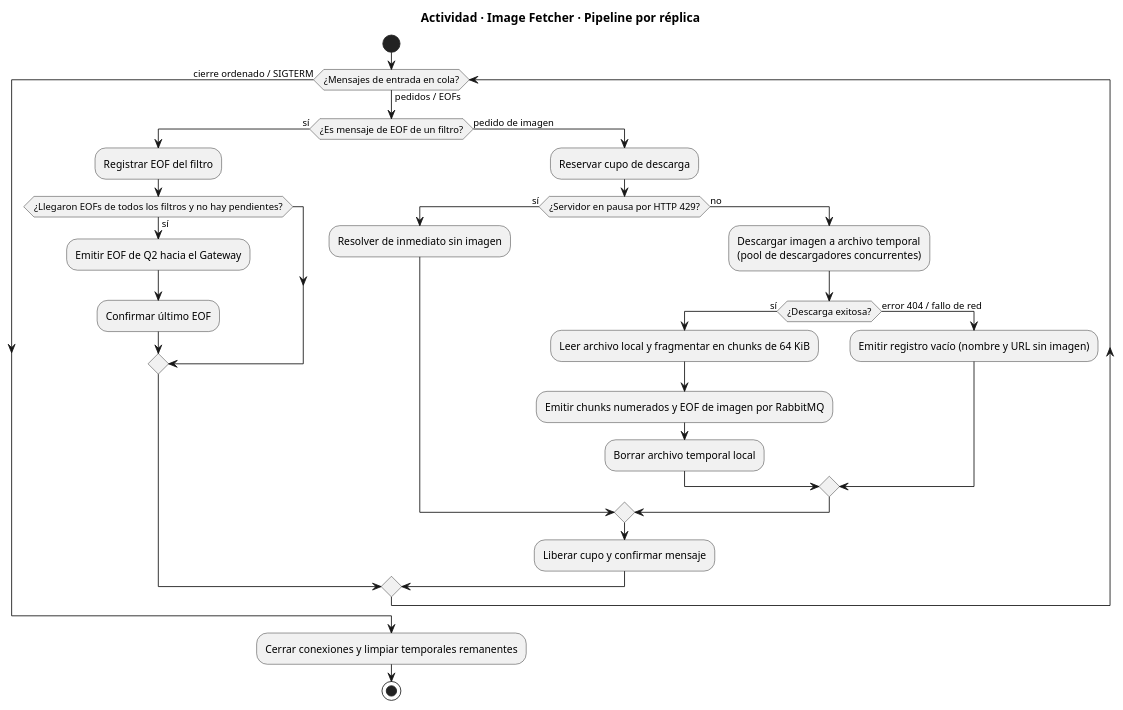
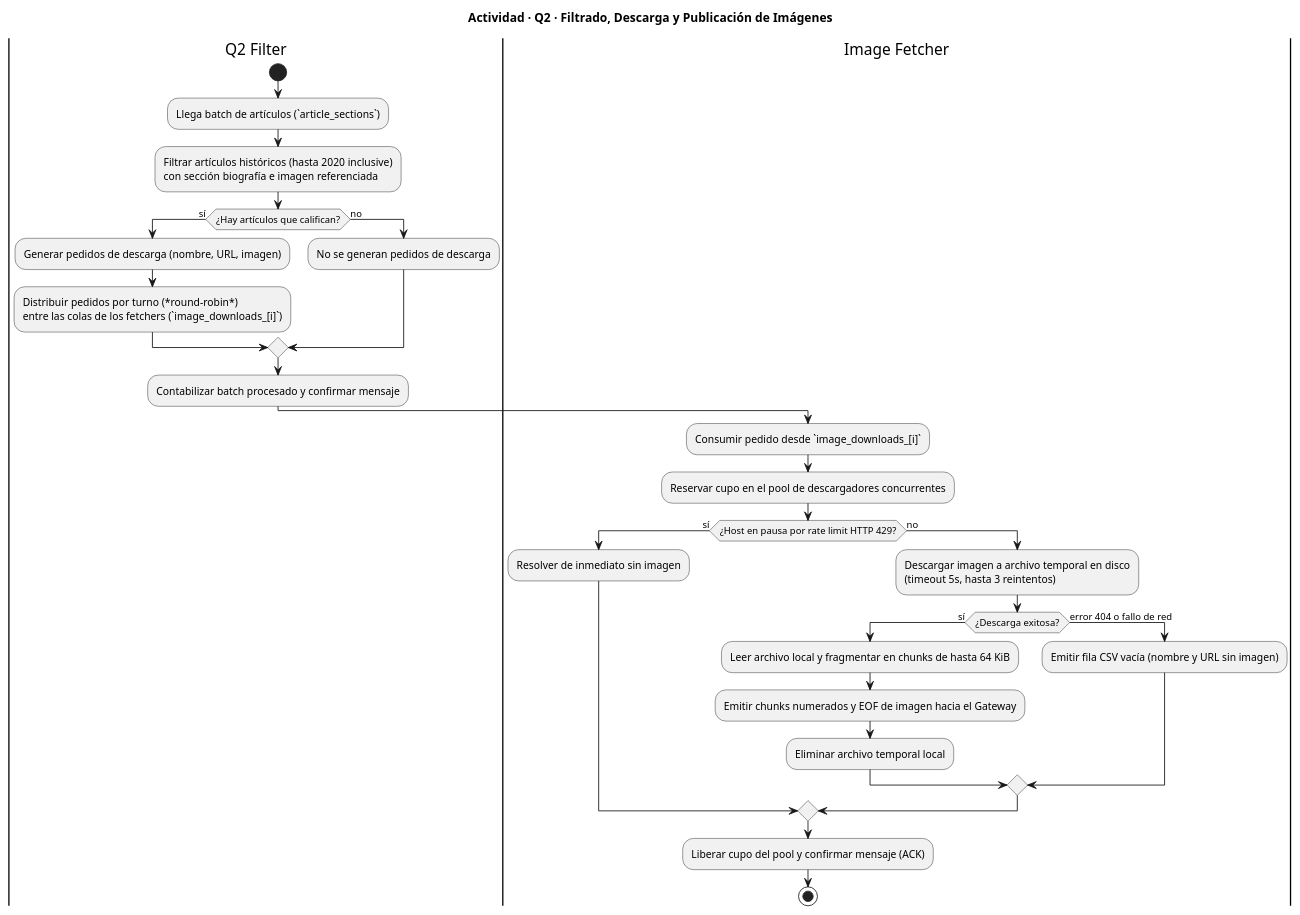
The diagram in Diagramas/actividad/actividad q2.puml (NicoPodesta/trabajo-final-distribuidos), drawn with PlantUML before and after one commit. The commit also changed 1 other file, not shown here.

Commit message:
Docs: actualizo actividad q2

```diff
--- a/Diagramas/actividad/actividad q2.puml
+++ b/Diagramas/actividad/actividad q2.puml
@@ -1,34 +1,40 @@
-@startuml image-fetcher
-title Actividad · Image Fetcher · Pipeline por réplica
+@startuml
+skinparam shadowing false
 
+title Actividad · Q2 · Filtrado, Descarga y Publicación de Imágenes
+
+|Q2 Filter|
 start
+:Llega batch de artículos (`article_sections`);
+:Filtrar artículos históricos (hasta 2020 inclusive)\ncon sección biografía e imagen referenciada;
 
-while (¿Mensajes de entrada en cola?) is (pedidos / EOFs)
-  if (¿Es mensaje de EOF de un filtro?) then (sí)
-    :Registrar EOF del filtro;
-    if (¿Llegaron EOFs de todos los filtros y no hay pendientes?) then (sí)
-      :Emitir EOF de Q2 hacia el Gateway;
-      :Confirmar último EOF;
-    endif
-  else (pedido de imagen)
-    :Reservar cupo de descarga;
-    if (¿Servidor en pausa por HTTP 429?) then (sí)
-      :Resolver de inmediato sin imagen;
-    else (no)
-      :Descargar imagen a archivo temporal\n(pool de descargadores concurrentes);
-      if (¿Descarga exitosa?) then (sí)
-        :Leer archivo local y fragmentar en chunks de 64 KiB;
-        :Emitir chunks numerados y EOF de imagen por RabbitMQ;
-        :Borrar archivo temporal local;
-      else (error 404 / fallo de red)
-        :Emitir registro vacío (nombre y URL sin imagen);
-      endif
-    endif
-    :Liberar cupo y confirmar mensaje;
+if (¿Hay artículos que califican?) then (sí)
+  :Generar pedidos de descarga (nombre, URL, imagen);
+  :Distribuir pedidos por turno (*round-robin*)\nentre las colas de los fetchers (`image_downloads_[i]`);
+else (no)
+  :No se generan pedidos de descarga;
+endif
+
+:Contabilizar batch procesado y confirmar mensaje;
+
+|Image Fetcher|
+:Consumir pedido desde `image_downloads_[i]`;
+:Reservar cupo en el pool de descargadores concurrentes;
+
+if (¿Host en pausa por rate limit HTTP 429?) then (sí)
+  :Resolver de inmediato sin imagen;
+else (no)
+  :Descargar imagen a archivo temporal en disco\n(timeout 5s, hasta 3 reintentos);
+  if (¿Descarga exitosa?) then (sí)
+    :Leer archivo local y fragmentar en chunks de hasta 64 KiB;
+    :Emitir chunks numerados y EOF de imagen hacia el Gateway;
+    :Eliminar archivo temporal local;
+  else (error 404 o fallo de red)
+    :Emitir fila CSV vacía (nombre y URL sin imagen);
   endif
-endwhile (cierre ordenado / SIGTERM)
+endif
 
-:Cerrar conexiones y limpiar temporales remanentes;
+:Liberar cupo del pool y confirmar mensaje (ACK);
 stop
 
 @enduml
```
